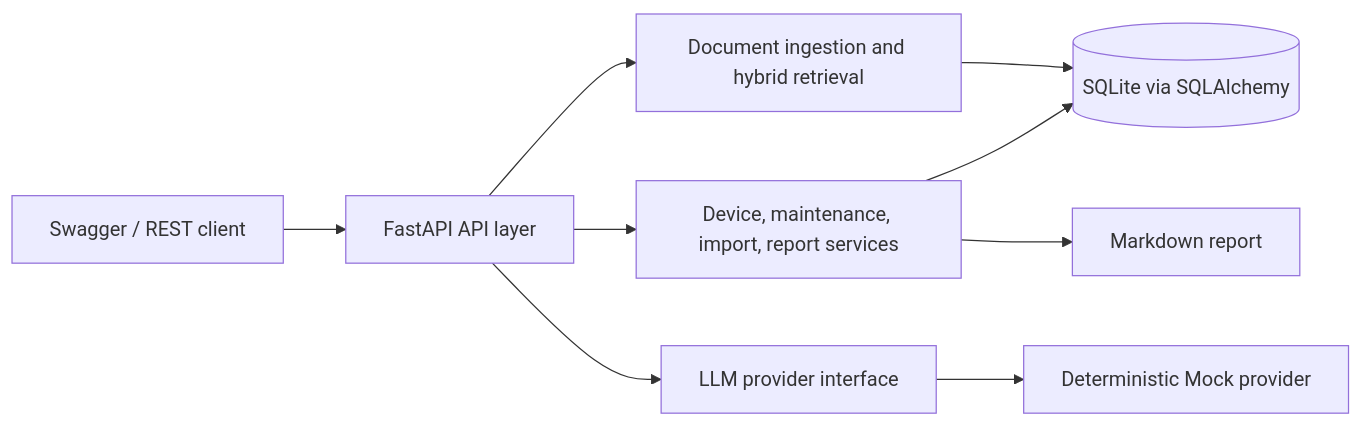
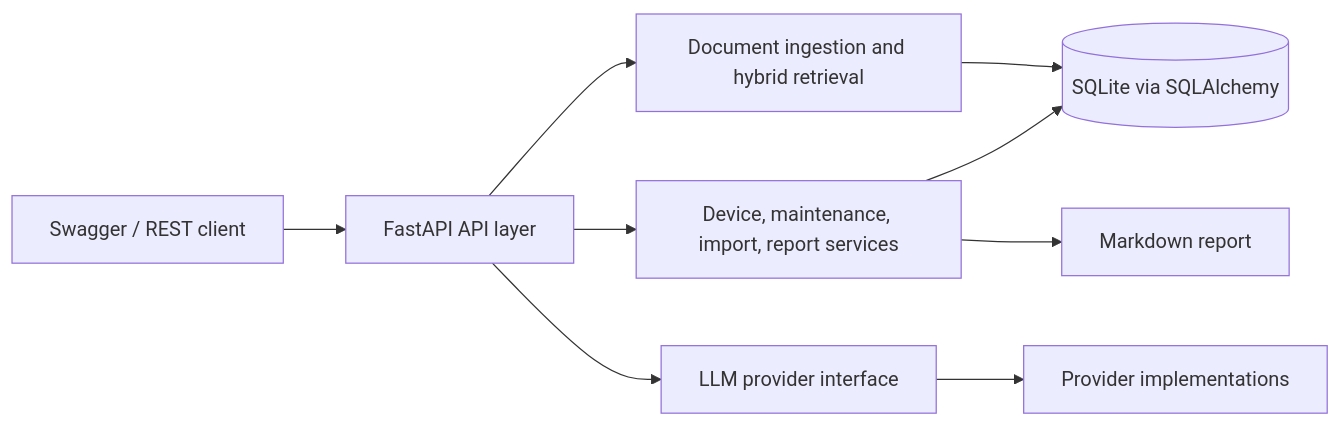
Before and after one commit to Kailovek/ai-hospital-operations-platform: the first of 3 diagrams in docs/architecture.md, drawn with Mermaid. The commit also changed other lines of this file and 10 other files, not shown here.

Commit message:
docs: focus publication narrative on architecture and implementation

````diff
--- a/docs/architecture.md
+++ b/docs/architecture.md
@@ -5,11 +5,11 @@
 ```mermaid
 flowchart LR
     Client[Swagger / REST client] --> API[FastAPI API layer]
     API --> Domain[Device, maintenance, import, report services]
     API --> RAG[Document ingestion and hybrid retrieval]
     API --> LLM[LLM provider interface]
     Domain --> SQL[(SQLite via SQLAlchemy)]
     RAG --> SQL
-    LLM --> Mock[Deterministic Mock provider]
+    LLM --> Provider[Provider implementations]
     Domain --> Export[Markdown report]
 ```
````
